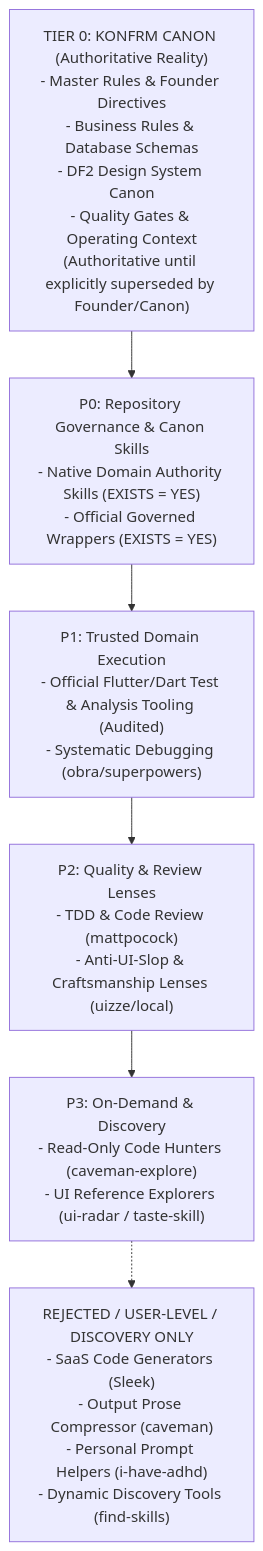
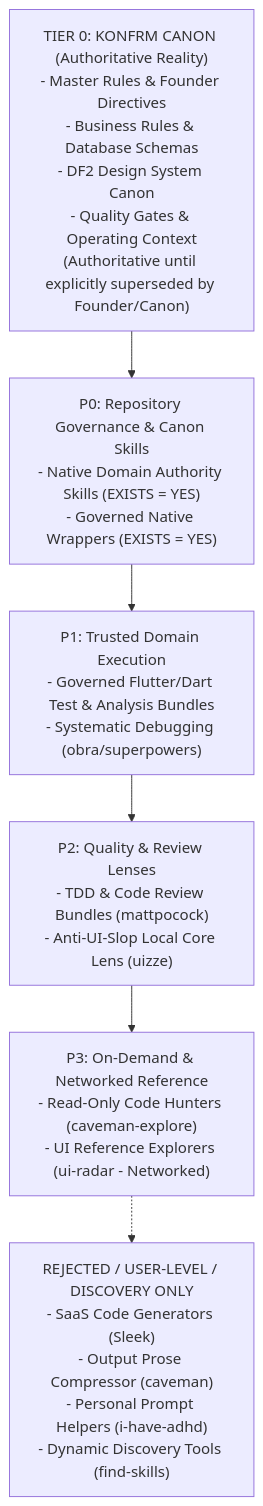
Before and after one commit to Essxm01/KONFRM: the diagram in docs/agents/KONFRM_AGENT_SKILLS_GOVERNANCE_V1.md, drawn with Mermaid. The commit also changed other lines of this file and 3 other files, not shown here.

Commit message:
docs(agents): finalize runtime skills architecture

````diff
--- a/docs/agents/KONFRM_AGENT_SKILLS_GOVERNANCE_V1.md
+++ b/docs/agents/KONFRM_AGENT_SKILLS_GOVERNANCE_V1.md
@@ -33,20 +35,20 @@
 ```mermaid
 flowchart TD
     T0["TIER 0: KONFRM CANON (Authoritative Reality)\n- Master Rules & Founder Directives\n- Business Rules & Database Schemas\n- DF2 Design System Canon\n- Quality Gates & Operating Context\n(Authoritative until explicitly superseded by Founder/Canon)"]
 
-    P0["P0: Repository Governance & Canon Skills\n- Native Domain Authority Skills (EXISTS = YES)\n- Official Governed Wrappers (EXISTS = YES)"]
+    P0["P0: Repository Governance & Canon Skills\n- Native Domain Authority Skills (EXISTS = YES)\n- Governed Native Wrappers (EXISTS = YES)"]
 
-    P1["P1: Trusted Domain Execution\n- Official Flutter/Dart Test & Analysis Tooling (Audited)\n- Systematic Debugging (obra/superpowers)"]
+    P1["P1: Trusted Domain Execution\n- Governed Flutter/Dart Test & Analysis Bundles\n- Systematic Debugging (obra/superpowers)"]
 
-    P2["P2: Quality & Review Lenses\n- TDD & Code Review (mattpocock)\n- Anti-UI-Slop & Craftsmanship Lenses (uizze/local)"]
+    P2["P2: Quality & Review Lenses\n- TDD & Code Review Bundles (mattpocock)\n- Anti-UI-Slop Local Core Lens (uizze)"]
 
-    P3["P3: On-Demand & Discovery\n- Read-Only Code Hunters (caveman-explore)\n- UI Reference Explorers (ui-radar / taste-skill)"]
+    P3["P3: On-Demand & Networked Reference\n- Read-Only Code Hunters (caveman-explore)\n- UI Reference Explorers (ui-radar - Networked)"]
 
     REJ["REJECTED / USER-LEVEL / DISCOVERY ONLY\n- SaaS Code Generators (Sleek)\n- Output Prose Compressor (caveman)\n- Personal Prompt Helpers (i-have-adhd)\n- Dynamic Discovery Tools (find-skills)"]
 
     T0 --> P0
     P0 --> P1
     P1 --> P2
     P2 --> P3
     P3 -.-> REJ
 ```
````
